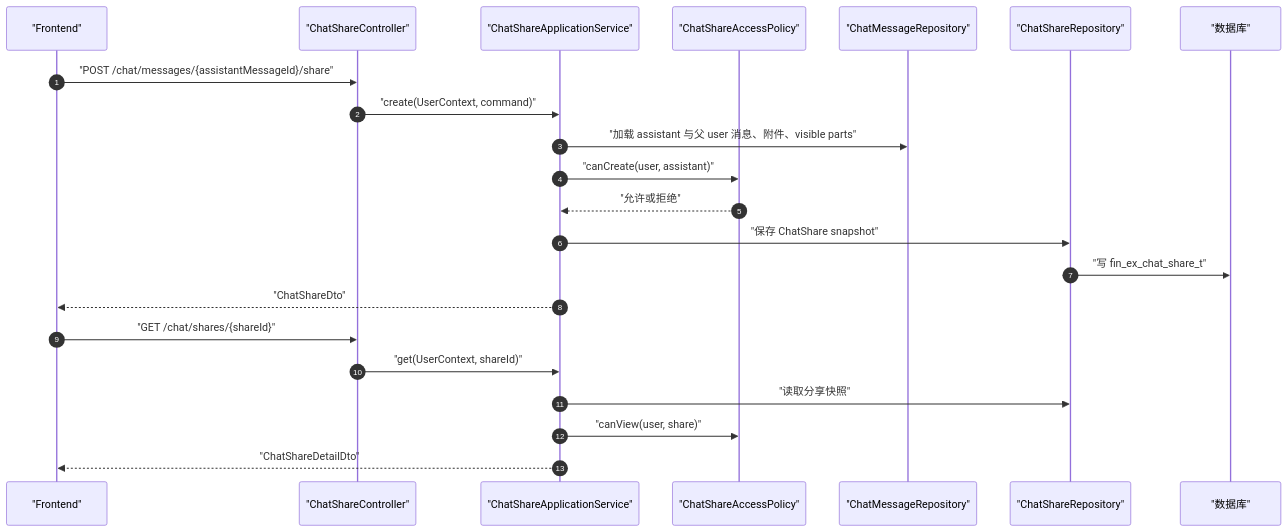
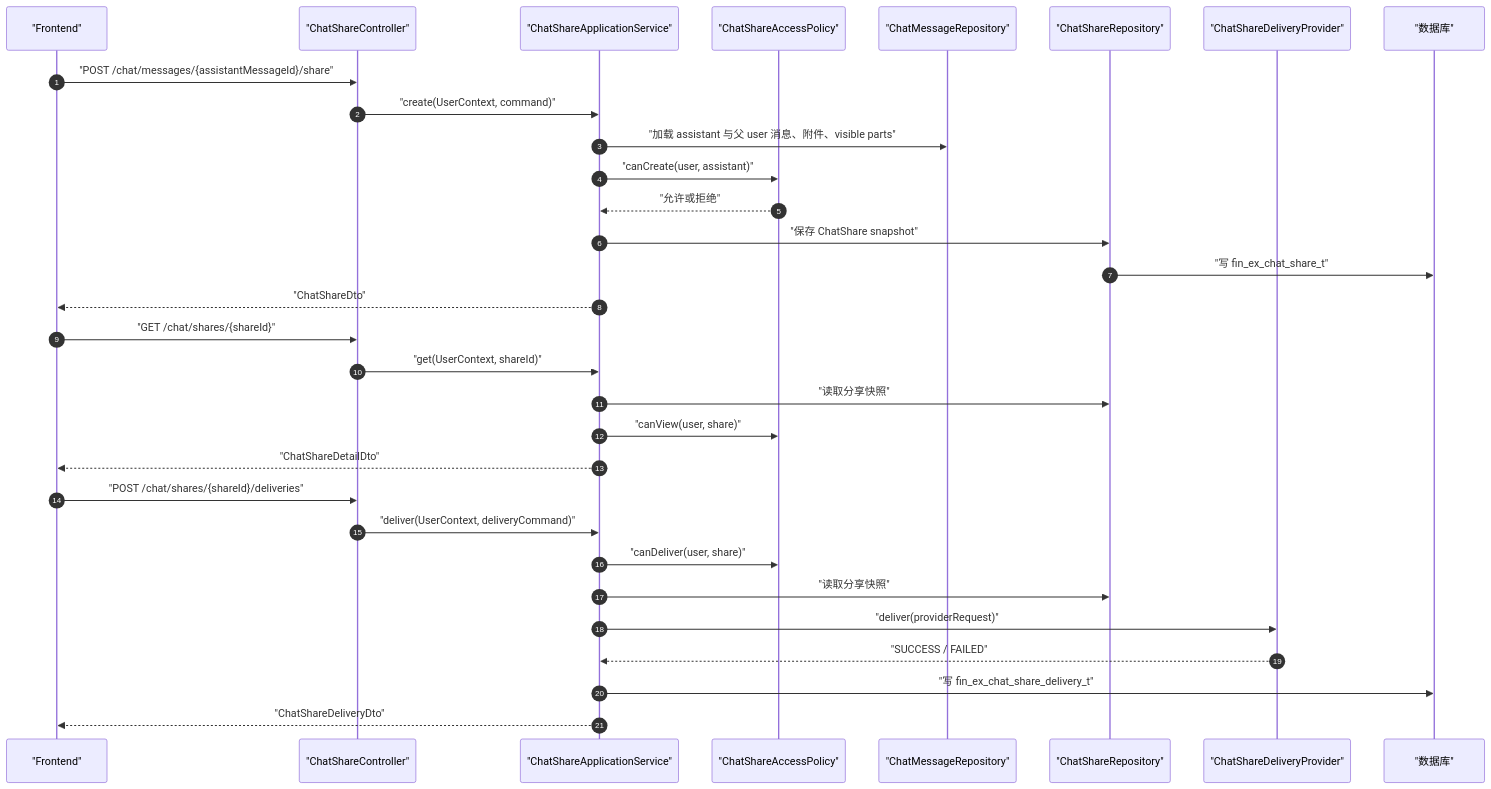
Before and after one commit to kunben-duck/exweb: the sixth of 10 diagrams in docs/architecture/README.md, drawn with Mermaid. The commit also changed other lines of this file and 47 other files, not shown here.

Commit message:
feat: add share delivery integration auth

````diff
--- a/docs/architecture/README.md
+++ b/docs/architecture/README.md
@@ -337,26 +337,36 @@
 ```mermaid
 sequenceDiagram
     autonumber
     participant Frontend as "Frontend"
     participant ShareAPI as "ChatShareController"
     participant ShareApp as "ChatShareApplicationService"
     participant Policy as "ChatShareAccessPolicy"
     participant Msg as "ChatMessageRepository"
     participant ShareRepo as "ChatShareRepository"
+    participant Delivery as "ChatShareDeliveryProvider"
     participant DB as "数据库"
 
     Frontend->>ShareAPI: "POST /chat/messages/{assistantMessageId}/share"
     ShareAPI->>ShareApp: "create(UserContext, command)"
     ShareApp->>Msg: "加载 assistant 与父 user 消息、附件、visible parts"
     ShareApp->>Policy: "canCreate(user, assistant)"
     Policy-->>ShareApp: "允许或拒绝"
     ShareApp->>ShareRepo: "保存 ChatShare snapshot"
     ShareRepo->>DB: "写 fin_ex_chat_share_t"
     ShareApp-->>Frontend: "ChatShareDto"
 
     Frontend->>ShareAPI: "GET /chat/shares/{shareId}"
     ShareAPI->>ShareApp: "get(UserContext, shareId)"
     ShareApp->>ShareRepo: "读取分享快照"
     ShareApp->>Policy: "canView(user, share)"
     ShareApp-->>Frontend: "ChatShareDetailDto"
+
+    Frontend->>ShareAPI: "POST /chat/shares/{shareId}/deliveries"
+    ShareAPI->>ShareApp: "deliver(UserContext, deliveryCommand)"
+    ShareApp->>Policy: "canDeliver(user, share)"
+    ShareApp->>ShareRepo: "读取分享快照"
+    ShareApp->>Delivery: "deliver(providerRequest)"
+    Delivery-->>ShareApp: "SUCCESS / FAILED"
+    ShareApp->>DB: "写 fin_ex_chat_share_delivery_t"
+    ShareApp-->>Frontend: "ChatShareDeliveryDto"
 ```
````
